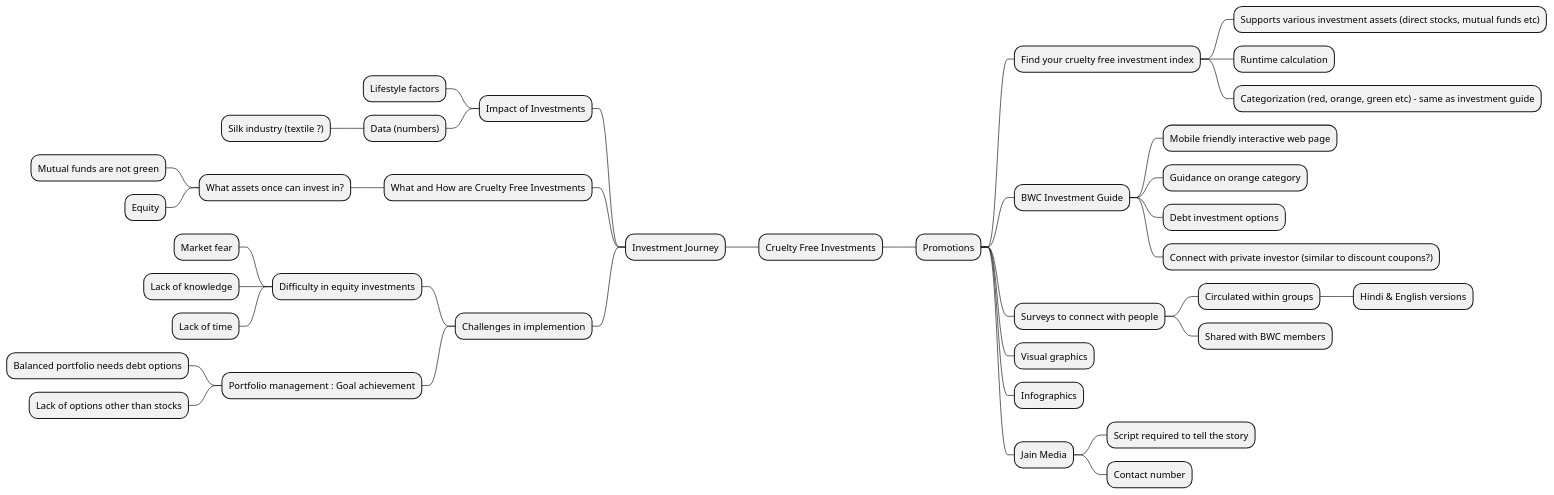
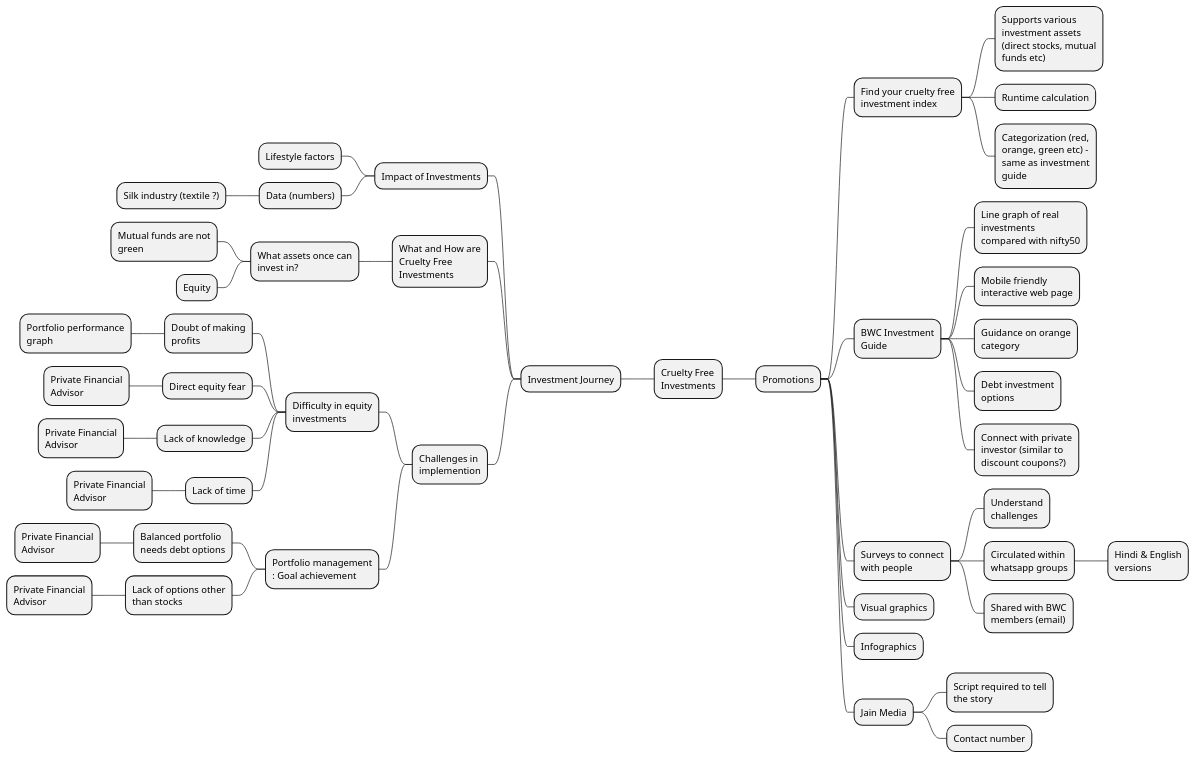
Before and after one commit to vegetarianinvestor/vegetarianinvestor.github.io: the diagram in roadmap.puml, drawn with PlantUML.

```diff
--- a/roadmap.puml
+++ b/roadmap.puml
@@ -1,40 +1,53 @@
 @startmindmap
-
+<style>
+    node {
+            MaximumWidth 150
+        }
+</style>
 + Cruelty Free Investments
 ++ Promotions
 +++ Find your cruelty free investment index
 ++++ Supports various investment assets (direct stocks, mutual funds etc)
 ++++ Runtime calculation
 ++++ Categorization (red, orange, green etc) - same as investment guide
 +++ BWC Investment Guide
+++++ Line graph of real investments compared with nifty50
 ++++ Mobile friendly interactive web page
 ++++ Guidance on orange category
 ++++ Debt investment options
 ++++ Connect with private investor (similar to discount coupons?)
 +++ Surveys to connect with people
-++++ Circulated within groups
+++++ Understand challenges
+++++ Circulated within whatsapp groups
 +++++ Hindi & English versions
-++++ Shared with BWC members
+++++ Shared with BWC members (email)
 +++ Visual graphics
 +++ Infographics
 +++ Jain Media
 ++++ Script required to tell the story
 ++++ Contact number
 -- Investment Journey
 --- Impact of Investments
 ---- Lifestyle factors
 ---- Data (numbers)
 ----- Silk industry (textile ?)
 --- What and How are Cruelty Free Investments
 ---- What assets once can invest in?
 ----- Mutual funds are not green
 ----- Equity
 --- Challenges in implemention
 ---- Difficulty in equity investments
------ Market fear
+----- Doubt of making profits
+------ Portfolio performance graph
+----- Direct equity fear
+------ Private Financial Advisor
 ----- Lack of knowledge
+------ Private Financial Advisor
 ----- Lack of time
+------ Private Financial Advisor
 ---- Portfolio management : Goal achievement
 ----- Balanced portfolio needs debt options
+------ Private Financial Advisor
 ----- Lack of options other than stocks
+------ Private Financial Advisor
 @endmindmap
```
